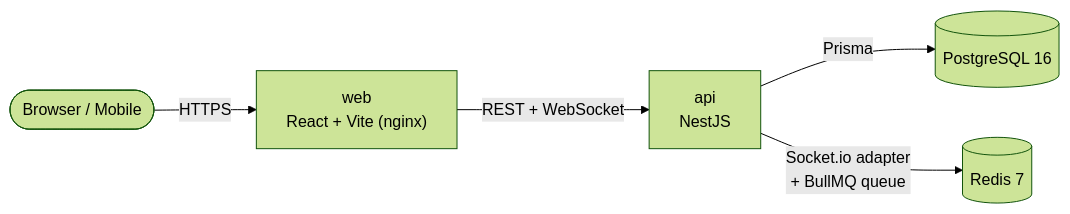
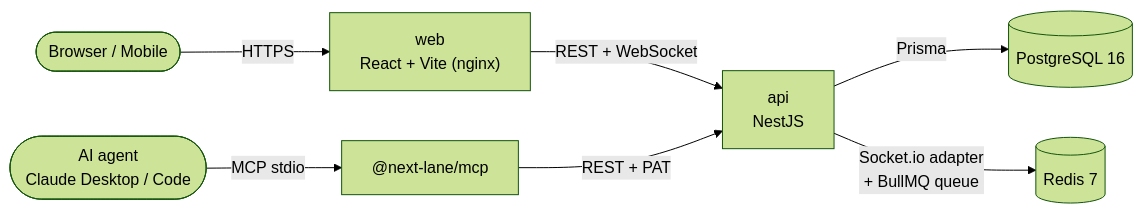
The diagram in README.md (Overcastly-AI/Next-Lane), drawn with Mermaid (forest theme) before and after one commit. The commit also changed other lines of this file, not shown here.

First line of the commit message:
Rebuild README to lead with MCP-native and AI-dogfooding hooks

````diff
--- a/README.md
+++ b/README.md
@@ -171,7 +228,9 @@
 ```mermaid
 flowchart LR
     U([Browser / Mobile]) -->|HTTPS| W["web<br/>React + Vite (nginx)"]
+    AI(["AI agent<br/>Claude Desktop / Code"]) -->|MCP stdio| M["@next-lane/mcp"]
     W -->|REST + WebSocket| A["api<br/>NestJS"]
+    M -->|REST + PAT| A
     A -->|Prisma| P[("PostgreSQL 16")]
     A -->|Socket.io adapter<br/>+ BullMQ queue| R[("Redis 7")]
 ```
````
